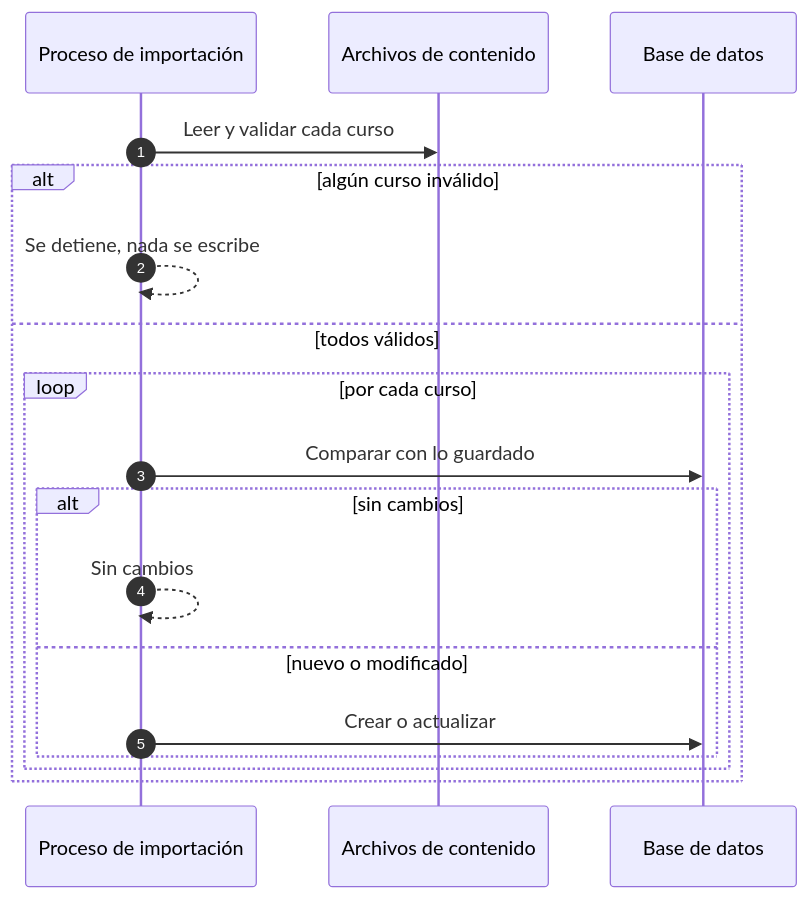
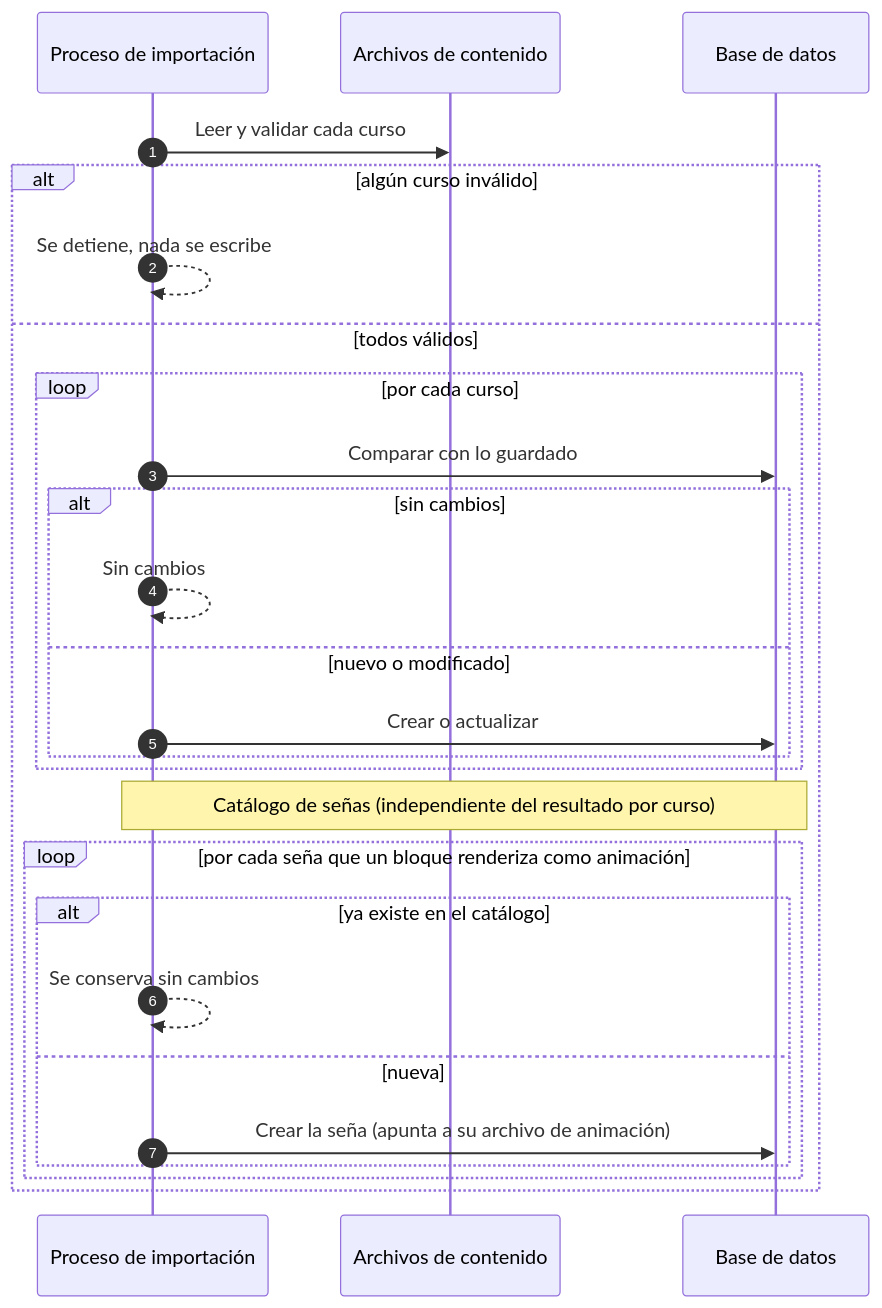
Before and after one commit to signasource/signa-api: diagram 12 of 12 in docs/diagrams/sequence.md, drawn with Mermaid. The commit also changed other lines of this file and 30 other files, not shown here.

````diff
--- a/docs/diagrams/sequence.md
+++ b/docs/diagrams/sequence.md
@@ -260,21 +290,29 @@
 ```mermaid
 sequenceDiagram
     autonumber
     participant P as Proceso de importación
     participant F as Archivos de contenido
     participant DB as Base de datos
 
     P->>F: Leer y validar cada curso
     alt algún curso inválido
         P-->>P: Se detiene, nada se escribe
     else todos válidos
         loop por cada curso
             P->>DB: Comparar con lo guardado
             alt sin cambios
                 P-->>P: Sin cambios
             else nuevo o modificado
                 P->>DB: Crear o actualizar
             end
         end
+        Note over P,DB: Catálogo de señas (independiente del resultado por curso)
+        loop por cada seña que un bloque renderiza como animación
+            alt ya existe en el catálogo
+                P-->>P: Se conserva sin cambios
+            else nueva
+                P->>DB: Crear la seña (apunta a su archivo de animación)
+            end
+        end
     end
 ```
````
